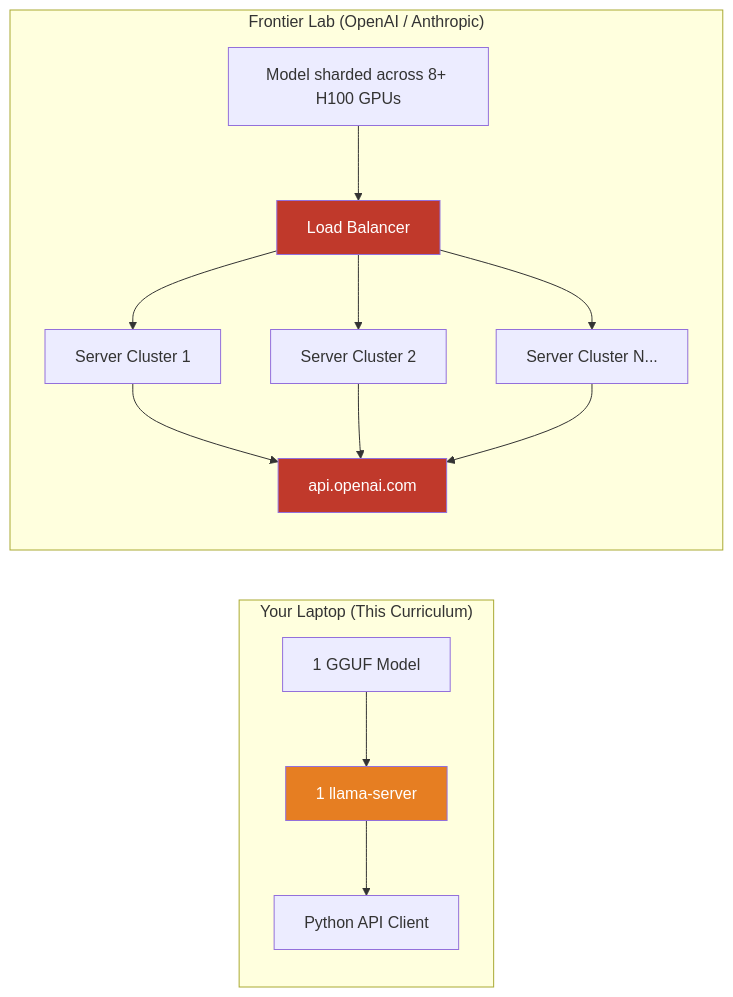
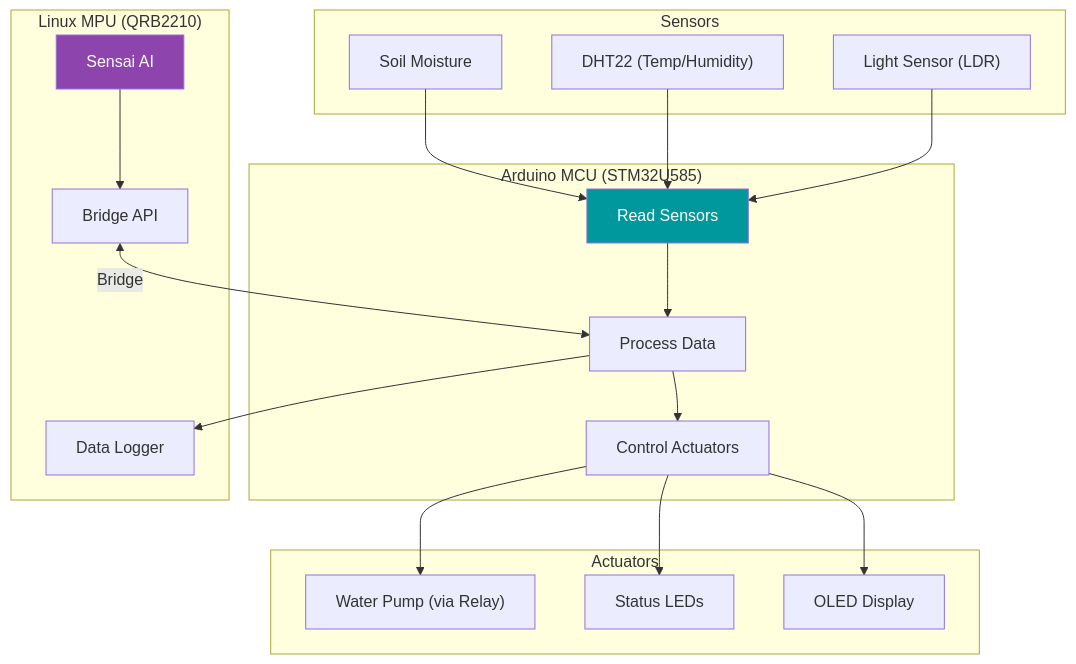
Before and after one commit to laurenvil/Sensai: the fourth of 4 diagrams in curriculum/assets/architecture-diagram.md, drawn with Mermaid. The commit also changed other lines of this file and 84 other files, not shown here.

First line of the commit message:
feat(curriculum): complete Arduino IoT curriculum overhaul

````diff
--- a/curriculum/assets/architecture-diagram.md
+++ b/curriculum/assets/architecture-diagram.md
@@ -61,21 +111,41 @@
 ```mermaid
-graph LR
-    subgraph "Your Laptop (This Curriculum)"
-        YM["1 GGUF Model"] --> YS["1 llama-server"]
-        YS --> YA["Python API Client"]
+graph TB
+    subgraph "Sensors"
+        S1["Soil Moisture"]
+        S2["DHT22 (Temp/Humidity)"]
+        S3["Light Sensor (LDR)"]
     end
 
-    subgraph "Frontier Lab (OpenAI / Anthropic)"
-        FM["Model sharded across 8+ H100 GPUs"] --> FB["Load Balancer"]
-        FB --> FS1["Server Cluster 1"]
-        FB --> FS2["Server Cluster 2"]
-        FB --> FS3["Server Cluster N..."]
-        FS1 --> FA["api.openai.com"]
-        FS2 --> FA
-        FS3 --> FA
+    subgraph "Arduino MCU (STM32U585)"
+        A["Read Sensors"]
+        B["Process Data"]
+        C["Control Actuators"]
+        A --> B
+        B --> C
     end
 
-    style YS fill:#e67e22,color:#fff
-    style FB fill:#c0392b,color:#fff
-    style FA fill:#c0392b,color:#fff
+    subgraph "Actuators"
+        D["Water Pump (via Relay)"]
+        E["Status LEDs"]
+        F["OLED Display"]
+    end
+
+    subgraph "Linux MPU (QRB2210)"
+        G["Sensai AI"]
+        H["Data Logger"]
+        I["Bridge API"]
+    end
+
+    S1 --> A
+    S2 --> A
+    S3 --> A
+    C --> D
+    C --> E
+    C --> F
+    I <-->|Bridge| B
+    G --> I
+    B --> H
+
+    style A fill:#00979D,color:#fff
+    style G fill:#8e44ad,color:#fff
 ```
````
